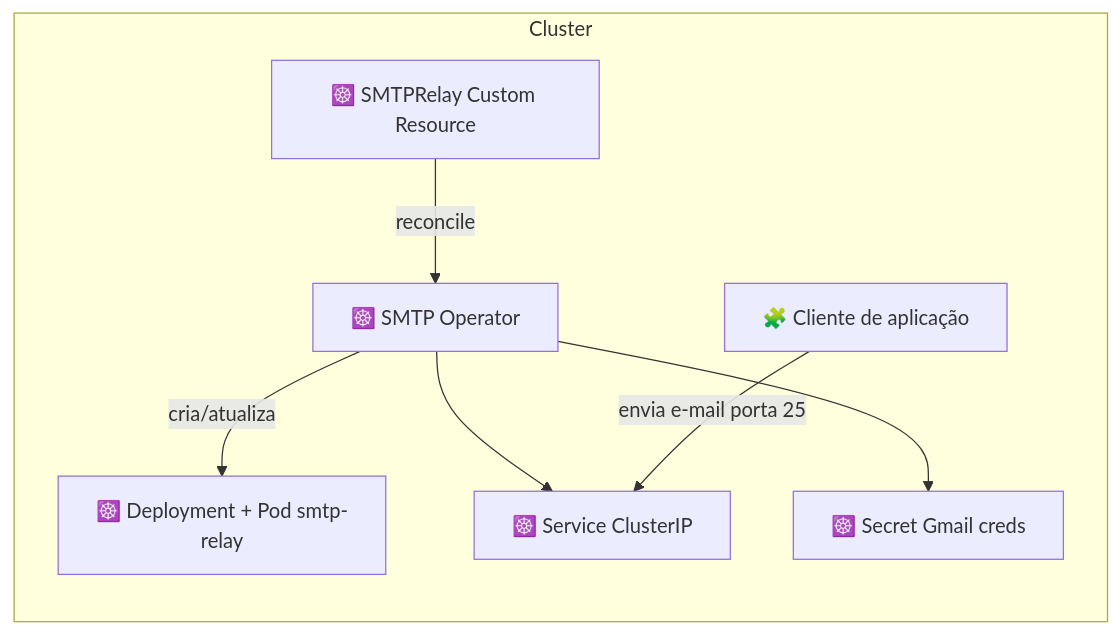
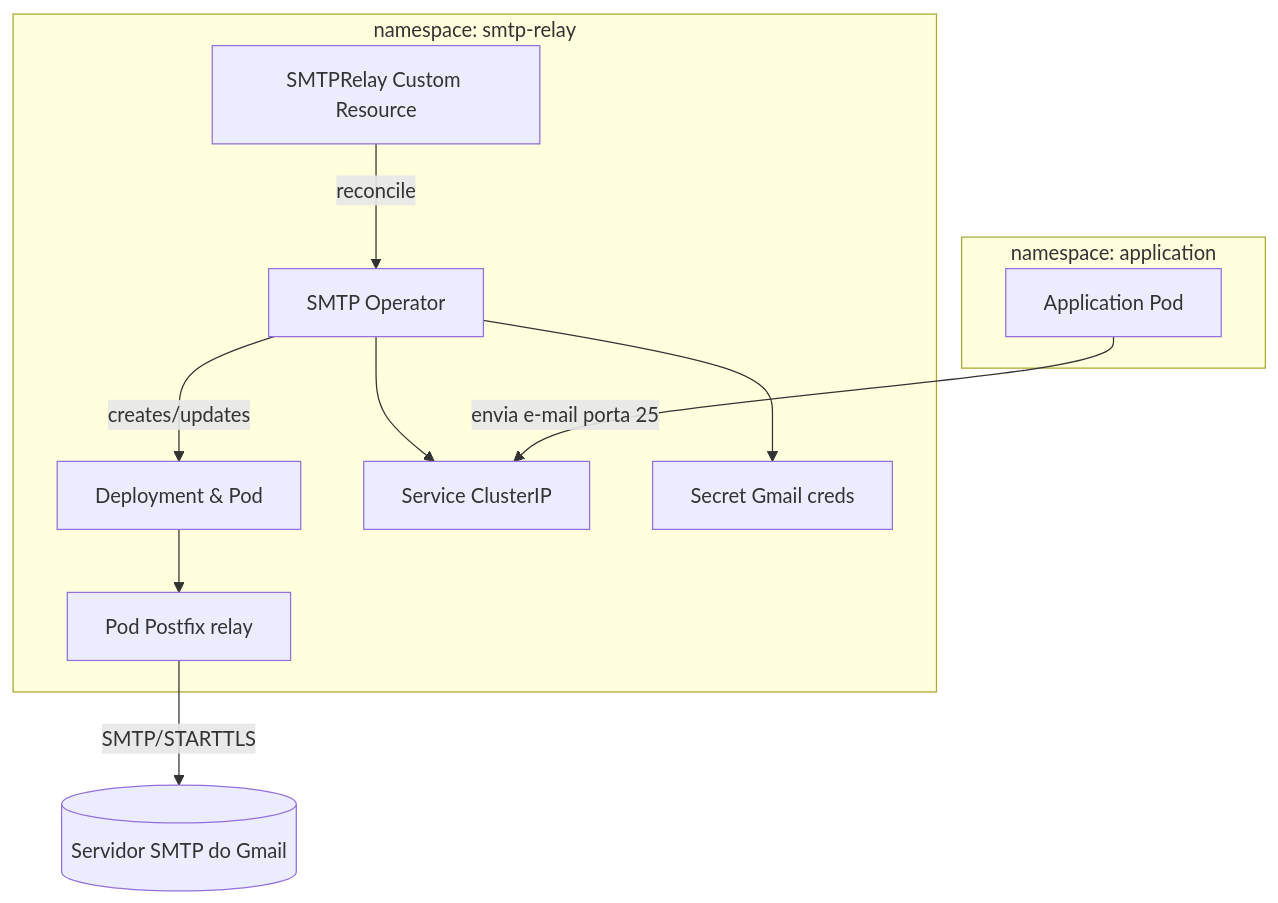
Before and after one commit to gersontpc/smtp-operator: the diagram in README.md, drawn with Mermaid. The commit also changed other lines of this file and 1 other file, not shown here.

````diff
--- a/README.md
+++ b/README.md
@@ -121,17 +78,23 @@
 ```mermaid
-flowchart LR
-    subgraph Cluster
-        CR[☸️ SMTPRelay Custom Resource]
-        Operator[☸️ SMTP Operator]
-        Deployment[☸️ Deployment + Pod smtp-relay]
-        Service[☸️ Service ClusterIP]
-        Secret[☸️ Secret Gmail creds]
-        Client[🧩 Cliente de aplicação]
+flowchart TD
+    subgraph ns1 [namespace: smtp-relay]
+      CR[SMTPRelay Custom Resource]
+      Operator[SMTP Operator]
+      Deployment[Deployment & Pod]
+      Service[Service ClusterIP]
+      Secret[Secret Gmail creds]
+      Postfix[Pod Postfix relay]
+    end
+
+    subgraph ns2 [namespace: application]
+      App[Application Pod]
     end
 
     CR -->|reconcile| Operator
-    Operator -->|cria/atualiza| Deployment
+    Operator -->|creates/updates| Deployment
     Operator --> Service
     Operator --> Secret
-    Client -->|envia e-mail porta 25| Service
+    Deployment --> Postfix
+    App -->|envia e-mail porta 25| Service
+    Postfix -->|SMTP/STARTTLS| Gmail[(Servidor SMTP do Gmail)]
 ```
````
